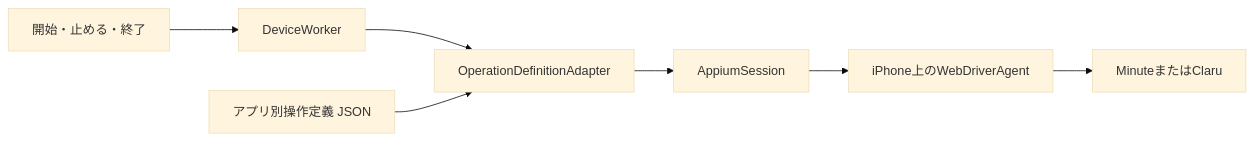
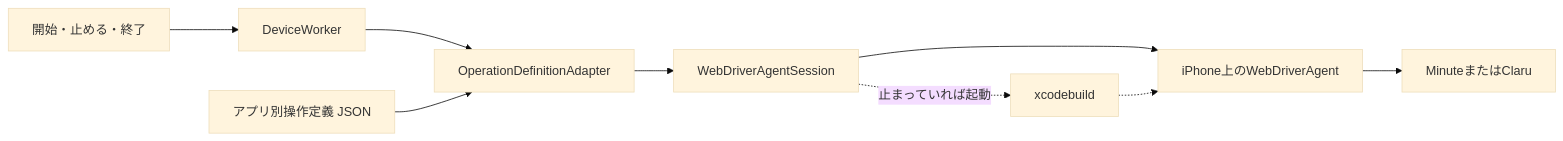
Before and after one commit to yudai-mori-2004/field-app-orchestrator: the diagram in docs/architecture.md, drawn with Mermaid (base theme). The commit also changed other lines of this file and 22 other files, not shown here.

````diff
--- a/docs/architecture.md
+++ b/docs/architecture.md
@@ -7,9 +7,11 @@
 ```mermaid
 flowchart LR
   input[開始・止める・終了] --> worker[DeviceWorker]
   worker --> adapter[OperationDefinitionAdapter]
   definition[アプリ別操作定義 JSON] --> adapter
-  adapter --> session[AppiumSession]
+  adapter --> session[WebDriverAgentSession]
   session --> wda[iPhone上のWebDriverAgent]
+  session -. 止まっていれば起動 .-> host[xcodebuild]
+  host -.-> wda
   wda --> app[MinuteまたはClaru]
 ```
````
